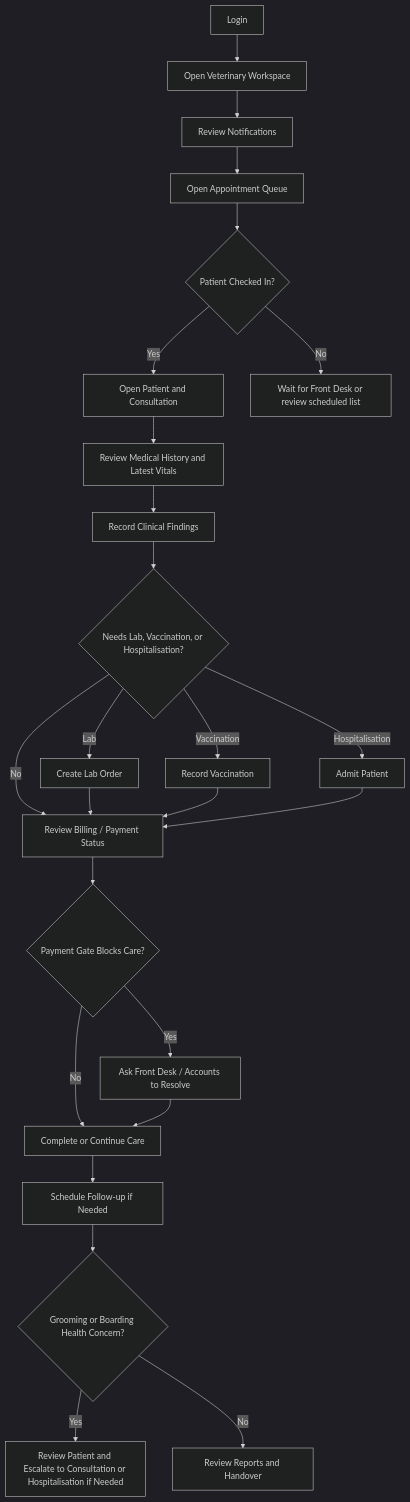
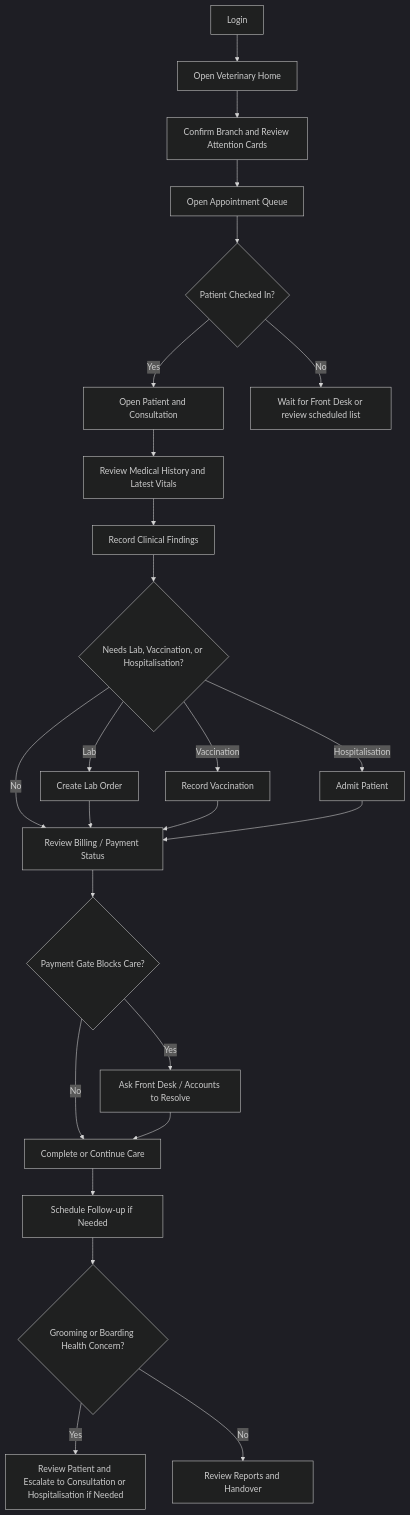
One commit to olayemigod/VetEdge changed the diagram in docs/training/veterinary_doctor_operations/doctor_daily_workflow.md. Above: the diagram before and after it, drawn with Mermaid (dark theme). The commit also changed other lines of this file and 28 other files, not shown here.

````diff
--- a/docs/training/veterinary_doctor_operations/doctor_daily_workflow.md
+++ b/docs/training/veterinary_doctor_operations/doctor_daily_workflow.md
@@ -21,27 +21,27 @@
 ```mermaid
 flowchart TD
-    A[Login] --> B[Open Veterinary Workspace]
-    B --> C[Review Notifications]
+    A[Login] --> B[Open Veterinary Home]
+    B --> C[Confirm Branch and Review Attention Cards]
     C --> D[Open Appointment Queue]
     D --> E{Patient Checked In?}
     E -->|Yes| F[Open Patient and Consultation]
     E -->|No| G[Wait for Front Desk or review scheduled list]
     F --> H[Review Medical History and Latest Vitals]
     H --> I[Record Clinical Findings]
     I --> J{Needs Lab, Vaccination, or Hospitalisation?}
     J -->|Lab| K[Create Lab Order]
     J -->|Vaccination| L[Record Vaccination]
     J -->|Hospitalisation| M[Admit Patient]
     J -->|No| N[Review Billing / Payment Status]
     K --> N
     L --> N
     M --> N
     N --> O{Payment Gate Blocks Care?}
     O -->|Yes| P[Ask Front Desk / Accounts to Resolve]
     O -->|No| Q[Complete or Continue Care]
     P --> Q
     Q --> R[Schedule Follow-up if Needed]
     R --> S{Grooming or Boarding Health Concern?}
     S -->|Yes| T[Review Patient and Escalate to Consultation or Hospitalisation if Needed]
     S -->|No| U[Review Reports and Handover]
 ```
````
